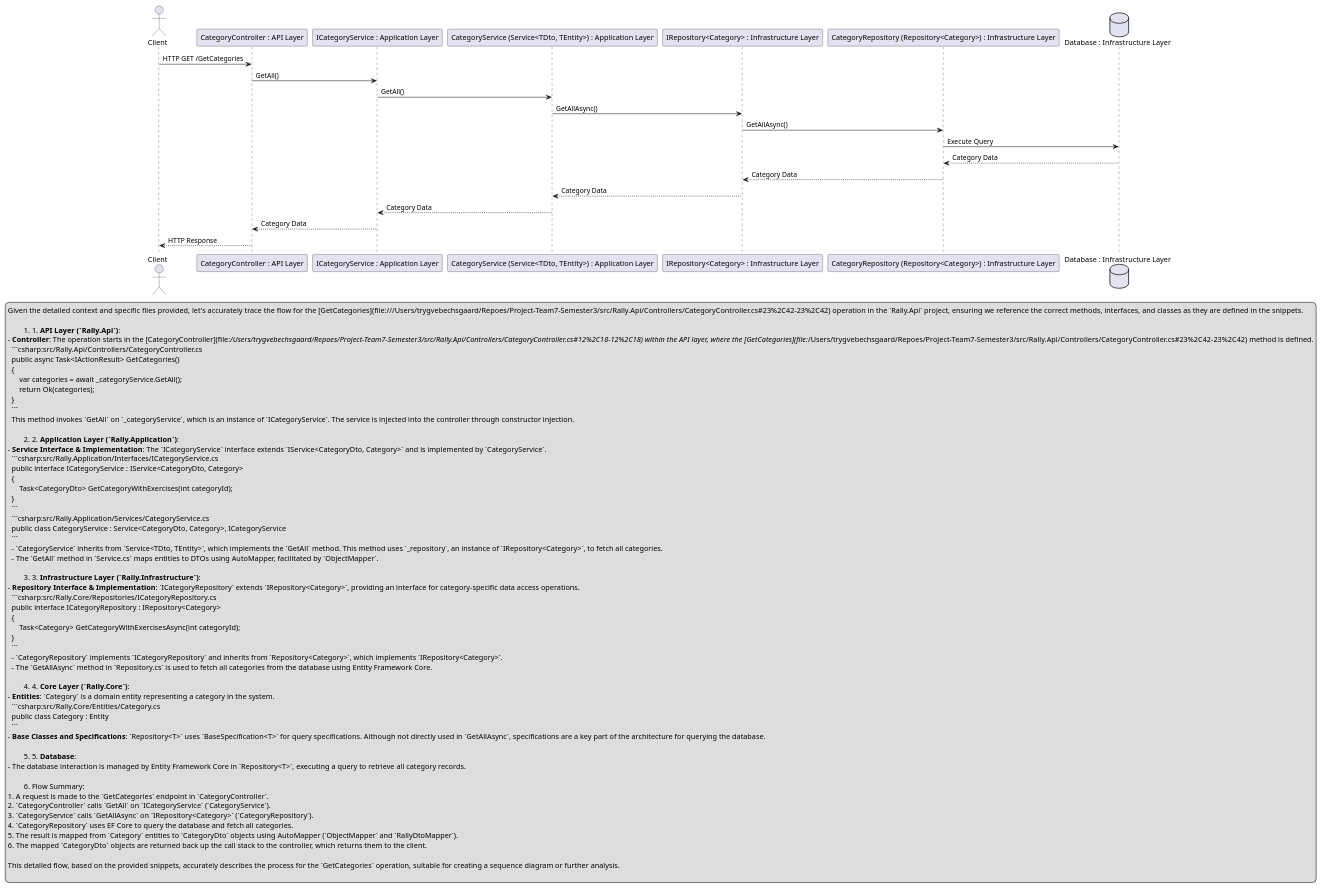
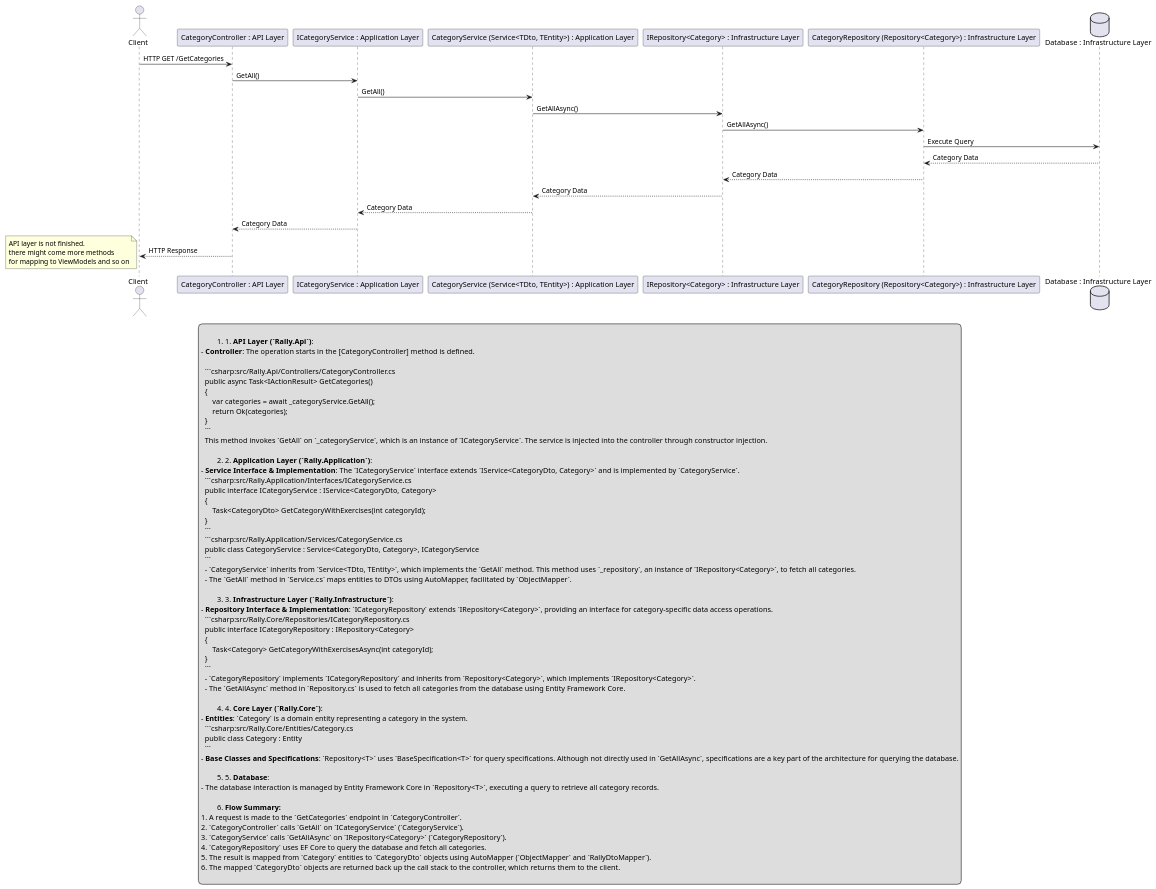
Before and after one commit to DMOoF23-Team7-CAT/Project-Team7-Semester3: the diagram in Dodumentation/SD_GetCategories.wsd, drawn with PlantUML. The commit also changed other lines of this file and 2 other files, not shown here.

````diff
--- a/Dodumentation/SD_GetCategories.wsd
+++ b/Dodumentation/SD_GetCategories.wsd
@@ -1,87 +3,92 @@
 @startuml Sequence Diagram GetCategories
+
+
 
 actor Client
 participant "CategoryController : API Layer" as Controller
 participant "ICategoryService : Application Layer" as Service
 participant "CategoryService (Service<TDto, TEntity>) : Application Layer" as ServiceImpl
 participant "IRepository<Category> : Infrastructure Layer" as RepoInterface
 participant "CategoryRepository (Repository<Category>) : Infrastructure Layer" as RepoImpl
 database "Database : Infrastructure Layer" as Database
+
 
 Client -> Controller : HTTP GET /GetCategories
 Controller -> Service : GetAll()
 Service -> ServiceImpl : GetAll()
 ServiceImpl -> RepoInterface : GetAllAsync()
 RepoInterface -> RepoImpl : GetAllAsync()
 RepoImpl -> Database : Execute Query
 Database --> RepoImpl : Category Data
 RepoImpl --> RepoInterface : Category Data
 RepoInterface --> ServiceImpl : Category Data
 ServiceImpl --> Service : Category Data
 Service --> Controller : Category Data
 Controller --> Client : HTTP Response
 
-
+note left
+API layer is not finished.
+there might come more methods
+for mapping to ViewModels and so on
+end note
 
 legend
-Given the detailed context and specific files provided, let's accurately trace the flow for the [GetCategories](file:///Users/trygvebechsgaard/Repoes/Project-Team7-Semester3/src/Rally.Api/Controllers/CategoryController.cs#23%2C42-23%2C42) operation in the `Rally.Api` project, ensuring we reference the correct methods, interfaces, and classes as they are defined in the snippets.
 
 ### 1. **API Layer (`Rally.Api`)**:
-- **Controller**: The operation starts in the [CategoryController](file:///Users/trygvebechsgaard/Repoes/Project-Team7-Semester3/src/Rally.Api/Controllers/CategoryController.cs#12%2C18-12%2C18) within the API layer, where the [GetCategories](file:///Users/trygvebechsgaard/Repoes/Project-Team7-Semester3/src/Rally.Api/Controllers/CategoryController.cs#23%2C42-23%2C42) method is defined.
+- **Controller**: The operation starts in the [CategoryController] method is defined.
+
   ```csharp:src/Rally.Api/Controllers/CategoryController.cs
   public async Task<IActionResult> GetCategories()
   {
       var categories = await _categoryService.GetAll();
       return Ok(categories);
   }
   ```
   This method invokes `GetAll` on `_categoryService`, which is an instance of `ICategoryService`. The service is injected into the controller through constructor injection.
 
 ### 2. **Application Layer (`Rally.Application`)**:
 - **Service Interface & Implementation**: The `ICategoryService` interface extends `IService<CategoryDto, Category>` and is implemented by `CategoryService`.
   ```csharp:src/Rally.Application/Interfaces/ICategoryService.cs
   public interface ICategoryService : IService<CategoryDto, Category>
   {
       Task<CategoryDto> GetCategoryWithExercises(int categoryId);
   }
   ```
   ```csharp:src/Rally.Application/Services/CategoryService.cs
   public class CategoryService : Service<CategoryDto, Category>, ICategoryService
   ```
   - `CategoryService` inherits from `Service<TDto, TEntity>`, which implements the `GetAll` method. This method uses `_repository`, an instance of `IRepository<Category>`, to fetch all categories.
   - The `GetAll` method in `Service.cs` maps entities to DTOs using AutoMapper, facilitated by `ObjectMapper`.
 
 ### 3. **Infrastructure Layer (`Rally.Infrastructure`)**:
 - **Repository Interface & Implementation**: `ICategoryRepository` extends `IRepository<Category>`, providing an interface for category-specific data access operations.
   ```csharp:src/Rally.Core/Repositories/ICategoryRepository.cs
   public interface ICategoryRepository : IRepository<Category>
   {
       Task<Category> GetCategoryWithExercisesAsync(int categoryId);
   }
   ```
   - `CategoryRepository` implements `ICategoryRepository` and inherits from `Repository<Category>`, which implements `IRepository<Category>`.
   - The `GetAllAsync` method in `Repository.cs` is used to fetch all categories from the database using Entity Framework Core.
 
 ### 4. **Core Layer (`Rally.Core`)**:
 - **Entities**: `Category` is a domain entity representing a category in the system.
   ```csharp:src/Rally.Core/Entities/Category.cs
   public class Category : Entity
   ```
 - **Base Classes and Specifications**: `Repository<T>` uses `BaseSpecification<T>` for query specifications. Although not directly used in `GetAllAsync`, specifications are a key part of the architecture for querying the database.
 
 ### 5. **Database**:
 - The database interaction is managed by Entity Framework Core in `Repository<T>`, executing a query to retrieve all category records.
 
-### Flow Summary:
+### **Flow Summary:**
 1. A request is made to the `GetCategories` endpoint in `CategoryController`.
 2. `CategoryController` calls `GetAll` on `ICategoryService` (`CategoryService`).
 3. `CategoryService` calls `GetAllAsync` on `IRepository<Category>` (`CategoryRepository`).
 4. `CategoryRepository` uses EF Core to query the database and fetch all categories.
 5. The result is mapped from `Category` entities to `CategoryDto` objects using AutoMapper (`ObjectMapper` and `RallyDtoMapper`).
 6. The mapped `CategoryDto` objects are returned back up the call stack to the controller, which returns them to the client.
 
-This detailed flow, based on the provided snippets, accurately describes the process for the `GetCategories` operation, suitable for creating a sequence diagram or further analysis.
-
 end legend
 
 @enduml
````
